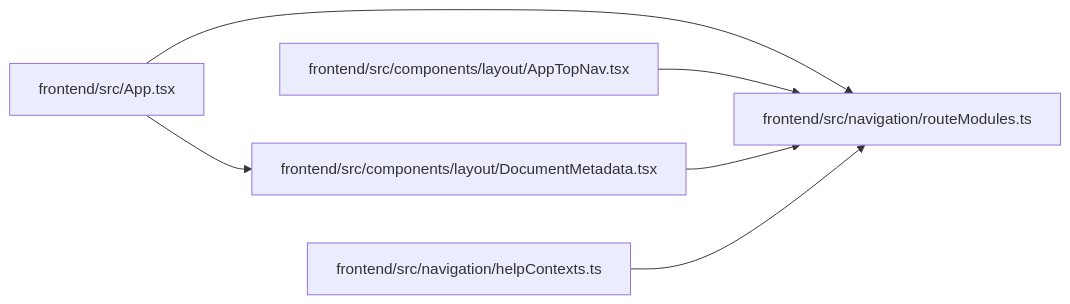
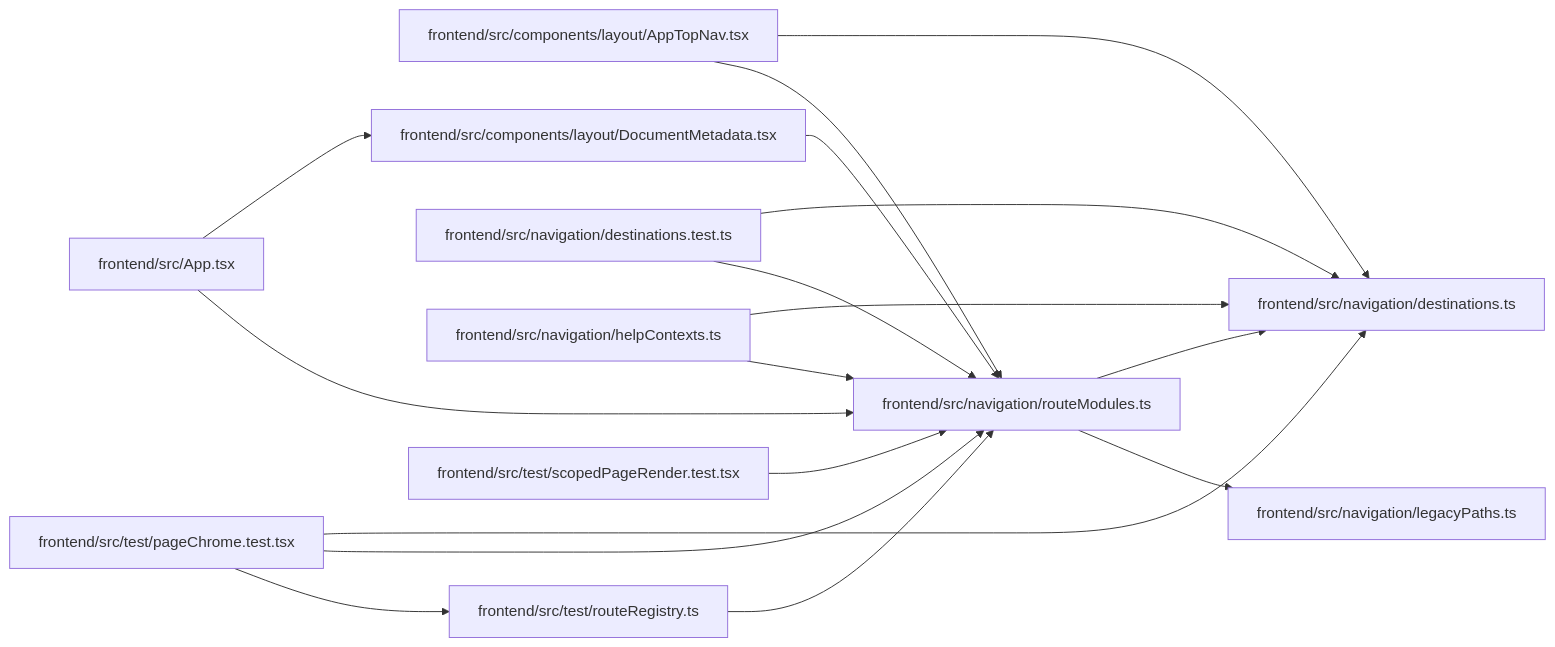
One commit to Denissvgn/WorkChord changed the diagram in docs/llm_wiki/modules/routeModules.md. Above: the diagram before and after it, drawn with Mermaid. The commit also changed other lines of this file and 2373 other files, not shown here.

````diff
--- a/docs/llm_wiki/modules/routeModules.md
+++ b/docs/llm_wiki/modules/routeModules.md
@@ -49,18 +46,41 @@
 ```mermaid
 flowchart LR
     n0["frontend/src/App.tsx"]
     n1["frontend/src/components/layout/AppTopNav.tsx"]
     n2["frontend/src/components/layout/DocumentMetadata.tsx"]
-    n3["frontend/src/navigation/helpContexts.ts"]
-    n4["frontend/src/navigation/routeModules.ts"]
+    n3["frontend/src/navigation/destinations.test.ts"]
+    n4["frontend/src/navigation/destinations.ts"]
+    n5["frontend/src/navigation/helpContexts.ts"]
+    n6["frontend/src/navigation/legacyPaths.ts"]
+    n7["frontend/src/navigation/routeModules.ts"]
+    n8["frontend/src/test/pageChrome.test.tsx"]
+    n9["frontend/src/test/routeRegistry.ts"]
+    n10["frontend/src/test/scopedPageRender.test.tsx"]
     n0 --> n2
-    n0 --> n4
+    n0 --> n7
     n1 --> n4
-    n2 --> n4
+    n1 --> n7
+    n2 --> n7
     n3 --> n4
+    n3 --> n7
+    n5 --> n4
+    n5 --> n7
+    n7 --> n4
+    n7 --> n6
+    n8 --> n4
+    n8 --> n7
+    n8 --> n9
+    n9 --> n7
+    n10 --> n7
     click n0 "../modules/App.md"
     click n1 "../modules/AppTopNav.md"
     click n2 "../modules/DocumentMetadata.md"
-    click n3 "../modules/helpContexts.md"
-    click n4 "../modules/routeModules.md"
+    click n3 "../modules/destinations.test.md"
+    click n4 "../modules/destinations.md"
+    click n5 "../modules/helpContexts.md"
+    click n6 "../modules/legacyPaths.md"
+    click n7 "../modules/routeModules.md"
+    click n8 "../modules/pageChrome.test.md"
+    click n9 "../modules/routeRegistry.md"
+    click n10 "../modules/scopedPageRender.test.md"
 ```
````
